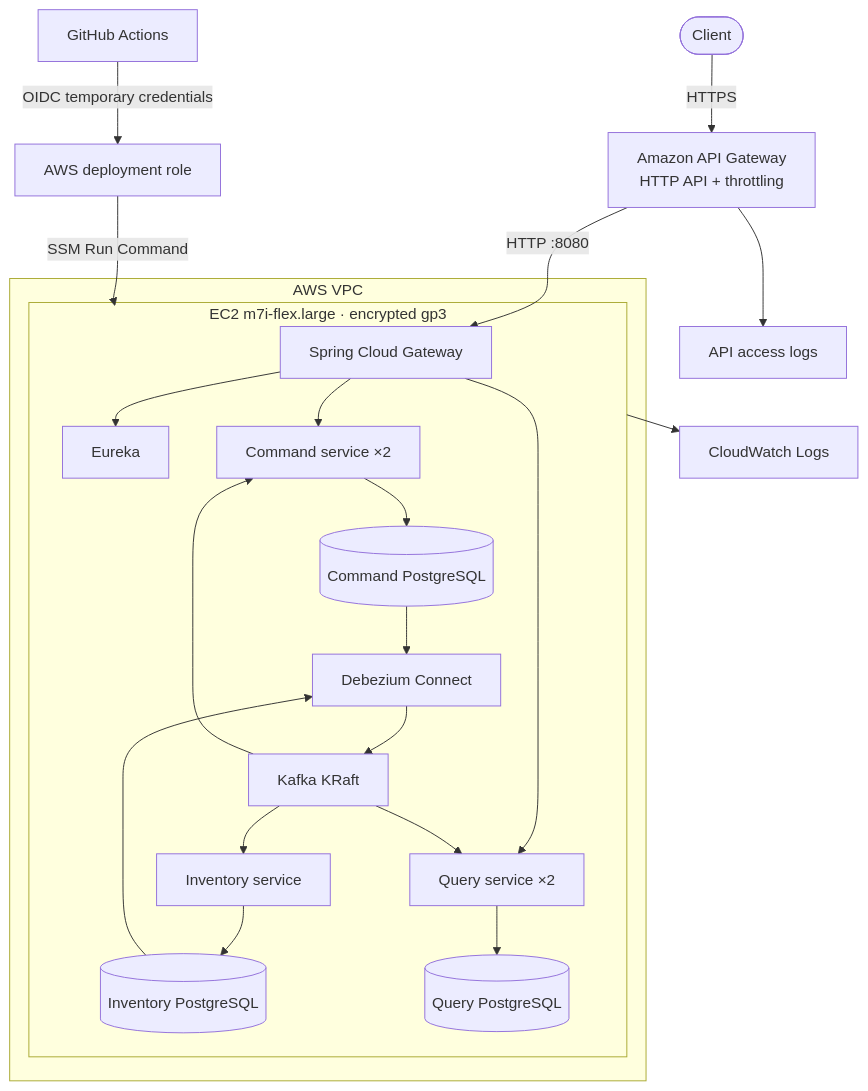
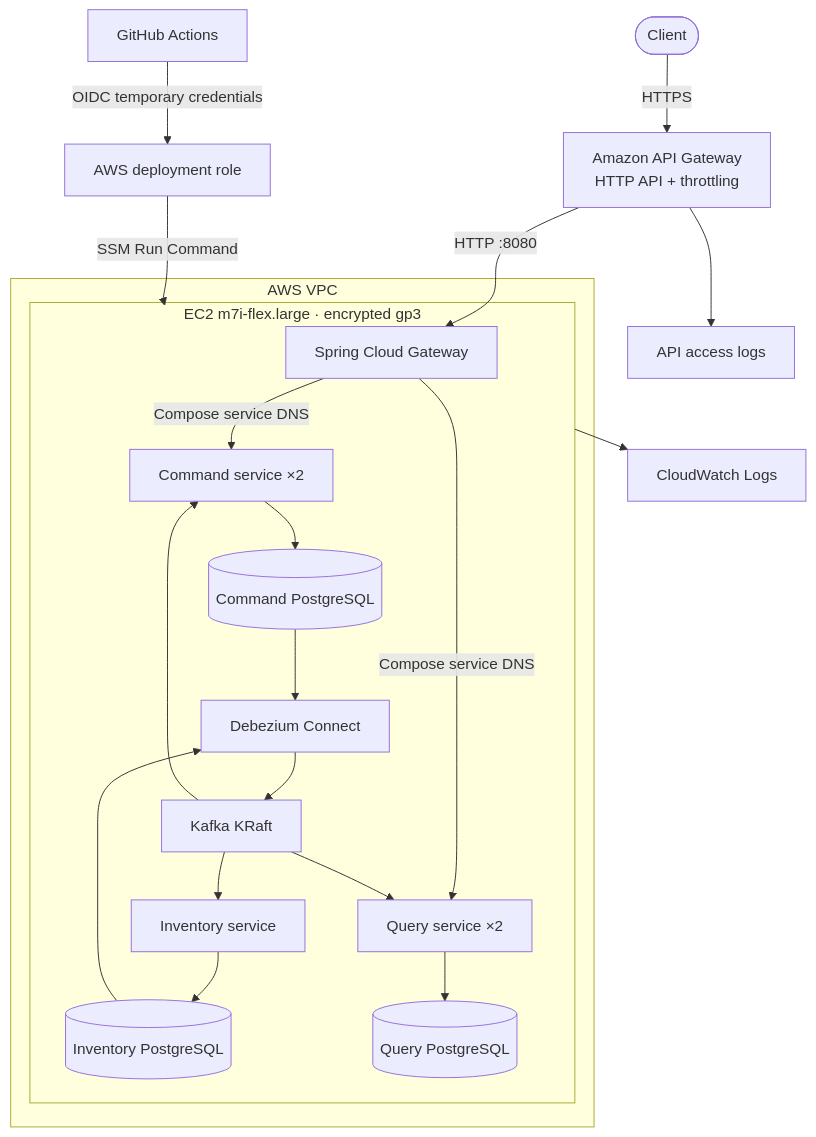
The diagram in docs/aws-deployment.md (karacsonybarni/event-sourced-cqrs-microservices), drawn with Mermaid before and after one commit. The commit also changed other lines of this file and 36 other files, not shown here.

Commit message:
Remove Eureka in favor of platform service DNS

````diff
--- a/docs/aws-deployment.md
+++ b/docs/aws-deployment.md
@@ -7,27 +7,26 @@
 ```mermaid
 flowchart TB
     Client([Client]) -->|HTTPS| HttpApi[Amazon API Gateway<br/>HTTP API + throttling]
     HttpApi -->|HTTP :8080| Gateway[Spring Cloud Gateway]
 
     subgraph VPC[AWS VPC]
         subgraph Host[EC2 m7i-flex.large · encrypted gp3]
-            Gateway --> Registry[Eureka]
-            Gateway --> Commands[Command service ×2]
-            Gateway --> Queries[Query service ×2]
+            Gateway -->|Compose service DNS| Commands[Command service ×2]
+            Gateway -->|Compose service DNS| Queries[Query service ×2]
             Commands --> CommandDB[(Command PostgreSQL)]
             Kafka --> Inventory[Inventory service]
             Inventory --> InventoryDB[(Inventory PostgreSQL)]
             InventoryDB --> Debezium
             Kafka --> Commands
             CommandDB --> Debezium[Debezium Connect]
             Debezium --> Kafka[Kafka KRaft]
             Kafka --> Queries
             Queries --> QueryDB[(Query PostgreSQL)]
         end
     end
 
     GitHub[GitHub Actions] -->|OIDC temporary credentials| IAM[AWS deployment role]
     IAM -->|SSM Run Command| Host
     Host --> Logs[CloudWatch Logs]
     HttpApi --> AccessLogs[API access logs]
 ```
````
